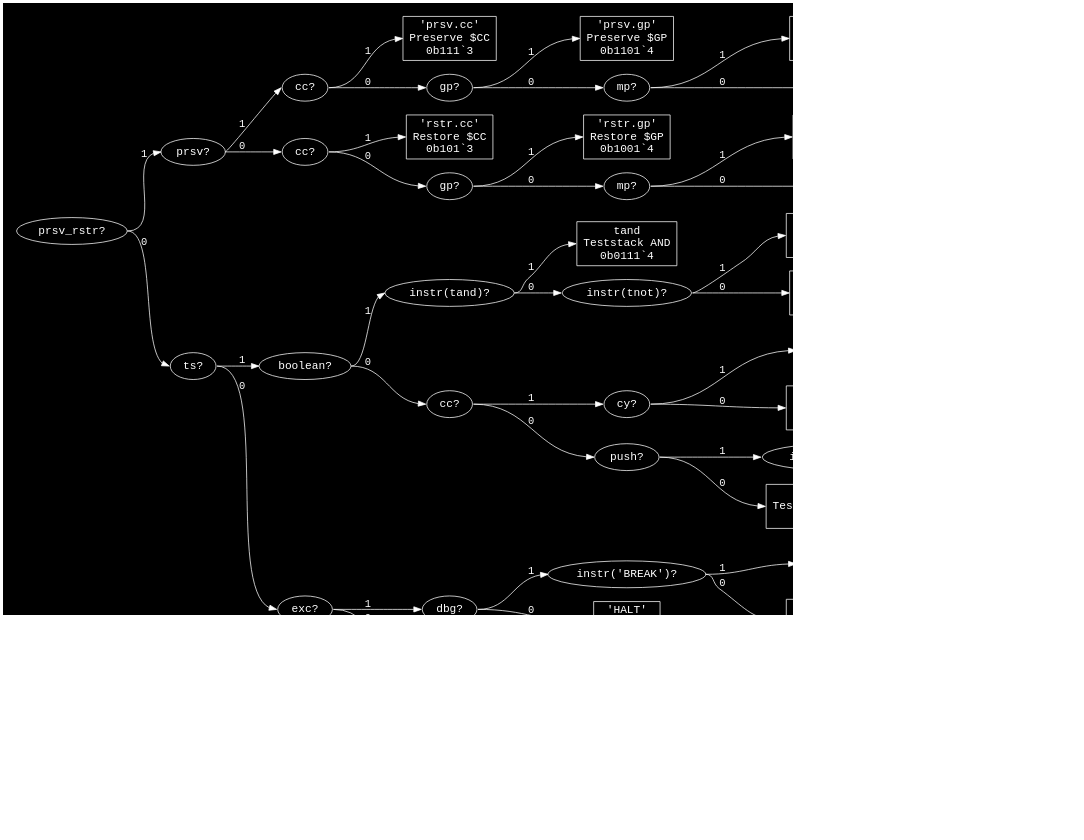
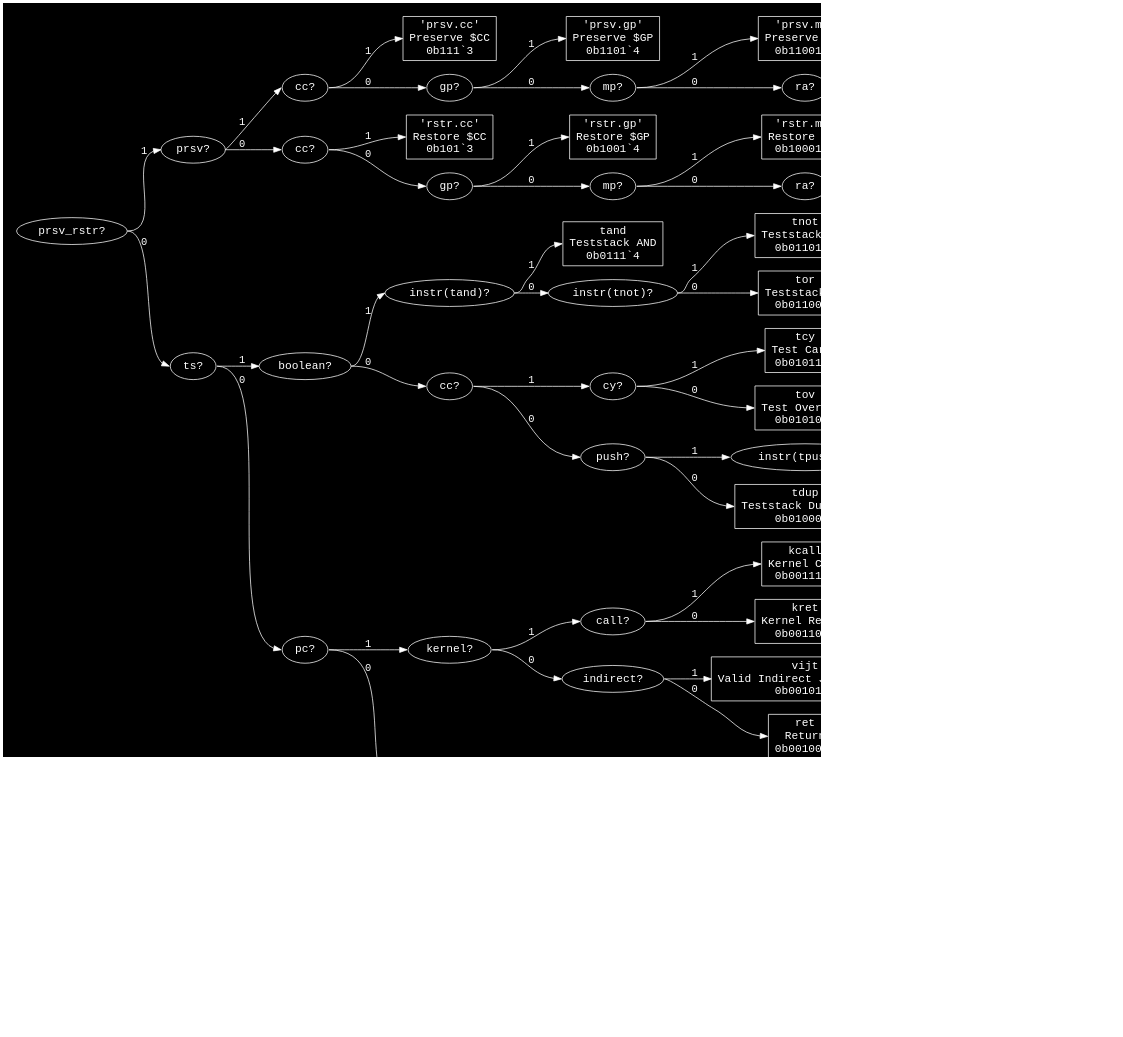
Before and after one commit to eignnx/SPRIND: the diagram in assets/graphs/o.dot, drawn with Graphviz. The commit also changed 6 other files, not shown here.

Commit message:
add {t,s,c}bitm, vijt, and sleep instructions

```diff
--- a/assets/graphs/o.dot
+++ b/assets/graphs/o.dot
@@ -1,110 +1,118 @@
 digraph "Format o" {
   graph [dpi = 100, bgcolor="#111", fontcolor="white", rankdir=LR, pad="0.25"];
   node [fontname = "Courier", fontsize="15pt", color="white", fontcolor="white"];
   edge [fontname = "Courier", color="white", fontcolor="white"];
-  "prsv_rstr_9171904" [label = "prsv_rstr?", shape = ellipse];
-  "prsv_rstr_9171904":e -> "prsv_9179296":w [label = "1"];
-  "prsv_rstr_9171904":e -> "ts_14048868":w [label = "0"];
+  "prsv_rstr_1971878" [label = "prsv_rstr?", shape = ellipse];
+  "prsv_rstr_1971878":e -> "prsv_9179296":w [label = "1"];
+  "prsv_rstr_1971878":e -> "ts_5520435":w [label = "0"];
   "prsv_9179296" [label = "prsv?", shape = ellipse];
   "prsv_9179296":e -> "cc_9693221":w [label = "1"];
   "prsv_9179296":e -> "cc_589781":w [label = "0"];
   "cc_9693221" [label = "cc?", shape = ellipse];
   "cc_9693221":e -> "'prsv.cc'_7656682":w [label = "1"];
   "cc_9693221":e -> "gp_13904094":w [label = "0"];
   "'prsv.cc'_7656682" [label = "'prsv.cc'\nPreserve $CC\n0b111`3", shape = rectangle];
   "gp_13904094" [label = "gp?", shape = ellipse];
   "gp_13904094":e -> "'prsv.gp'_4829802":w [label = "1"];
   "gp_13904094":e -> "mp_16292923":w [label = "0"];
   "'prsv.gp'_4829802" [label = "'prsv.gp'\nPreserve $GP\n0b1101`4", shape = rectangle];
   "mp_16292923" [label = "mp?", shape = ellipse];
   "mp_16292923":e -> "'prsv.mp'_12023555":w [label = "1"];
   "mp_16292923":e -> "ra_13136131":w [label = "0"];
   "'prsv.mp'_12023555" [label = "'prsv.mp'\nPreserve $MP\n0b11001`5", shape = rectangle];
   "ra_13136131" [label = "ra?", shape = ellipse];
   "ra_13136131":e -> "'prsv.ra'_11219602":w [label = "1"];
   "ra_13136131":e -> "'prsv.ts'_2474688":w [label = "0"];
   "'prsv.ra'_11219602" [label = "'prsv.ra'\nPreserve $RA\n0b110001`6", shape = rectangle];
   "'prsv.ts'_2474688" [label = "'prsv.ts'\nPreserve $TS\n0b110000`6", shape = rectangle];
   "cc_589781" [label = "cc?", shape = ellipse];
   "cc_589781":e -> "'rstr.cc'_3226942":w [label = "1"];
   "cc_589781":e -> "gp_9560955":w [label = "0"];
   "'rstr.cc'_3226942" [label = "'rstr.cc'\nRestore $CC\n0b101`3", shape = rectangle];
   "gp_9560955" [label = "gp?", shape = ellipse];
   "gp_9560955":e -> "'rstr.gp'_14554136":w [label = "1"];
   "gp_9560955":e -> "mp_12955196":w [label = "0"];
   "'rstr.gp'_14554136" [label = "'rstr.gp'\nRestore $GP\n0b1001`4", shape = rectangle];
   "mp_12955196" [label = "mp?", shape = ellipse];
   "mp_12955196":e -> "'rstr.mp'_10653791":w [label = "1"];
   "mp_12955196":e -> "ra_11767369":w [label = "0"];
   "'rstr.mp'_10653791" [label = "'rstr.mp'\nRestore $MP\n0b10001`5", shape = rectangle];
   "ra_11767369" [label = "ra?", shape = ellipse];
   "ra_11767369":e -> "'rstr.ra'_14990000":w [label = "1"];
   "ra_11767369":e -> "'rstr.ts'_8107659":w [label = "0"];
   "'rstr.ra'_14990000" [label = "'rstr.ra'\nRestore $RA\n0b100001`6", shape = rectangle];
   "'rstr.ts'_8107659" [label = "'rstr.ts'\nRestore $TS\n0b100000`6", shape = rectangle];
-  "ts_14048868" [label = "ts?", shape = ellipse];
-  "ts_14048868":e -> "boolean_10242131":w [label = "1"];
-  "ts_14048868":e -> "exc_6038395":w [label = "0"];
+  "ts_5520435" [label = "ts?", shape = ellipse];
+  "ts_5520435":e -> "boolean_10242131":w [label = "1"];
+  "ts_5520435":e -> "pc_13801327":w [label = "0"];
   "boolean_10242131" [label = "boolean?", shape = ellipse];
   "boolean_10242131":e -> "instr(tand)_12631449":w [label = "1"];
   "boolean_10242131":e -> "cc_1875092":w [label = "0"];
   "instr(tand)_12631449" [label = "instr(tand)?", shape = ellipse];
   "instr(tand)_12631449":e -> "tand_15469294":w [label = "1"];
   "instr(tand)_12631449":e -> "instr(tnot)_10591753":w [label = "0"];
   "tand_15469294" [label = "tand\nTeststack AND\n0b0111`4", shape = rectangle];
   "instr(tnot)_10591753" [label = "instr(tnot)?", shape = ellipse];
   "instr(tnot)_10591753":e -> "tnot_4060624":w [label = "1"];
   "instr(tnot)_10591753":e -> "tor_1243182":w [label = "0"];
   "tnot_4060624" [label = "tnot\nTeststack NOT\n0b01101`5", shape = rectangle];
   "tor_1243182" [label = "tor\nTeststack OR\n0b01100`5", shape = rectangle];
   "cc_1875092" [label = "cc?", shape = ellipse];
   "cc_1875092":e -> "cy_12377790":w [label = "1"];
   "cc_1875092":e -> "push_6662964":w [label = "0"];
   "cy_12377790" [label = "cy?", shape = ellipse];
   "cy_12377790":e -> "tcy_2523867":w [label = "1"];
   "cy_12377790":e -> "tov_12931519":w [label = "0"];
   "tcy_2523867" [label = "tcy\nTest Carry\n0b01011`5", shape = rectangle];
   "tov_12931519" [label = "tov\nTest Overflow\n0b01010`5", shape = rectangle];
   "push_6662964" [label = "push?", shape = ellipse];
   "push_6662964":e -> "instr(tpush0)_3668232":w [label = "1"];
   "push_6662964":e -> "tdup_15487713":w [label = "0"];
   "instr(tpush0)_3668232" [label = "instr(tpush0)?", shape = ellipse];
   "instr(tpush0)_3668232":e -> "tpush0_14509953":w [label = "1"];
   "instr(tpush0)_3668232":e -> "tpush1_12806233":w [label = "0"];
   "tpush0_14509953" [label = "tpush0\nTeststack Push 0\n0b010011`6", shape = rectangle];
   "tpush1_12806233" [label = "tpush1\nTeststack Push 1\n0b010010`6", shape = rectangle];
   "tdup_15487713" [label = "tdup\nTeststack Duplicate\n0b01000`5", shape = rectangle];
-  "exc_6038395" [label = "exc?", shape = ellipse];
-  "exc_6038395":e -> "dbg_6120140":w [label = "1"];
-  "exc_6038395":e -> "pc_7076808":w [label = "0"];
+  "pc_13801327" [label = "pc?", shape = ellipse];
+  "pc_13801327":e -> "kernel_288431":w [label = "1"];
+  "pc_13801327":e -> "exc_7341255":w [label = "0"];
+  "kernel_288431" [label = "kernel?", shape = ellipse];
+  "kernel_288431":e -> "call_7577422":w [label = "1"];
+  "kernel_288431":e -> "indirect_14434557":w [label = "0"];
+  "call_7577422" [label = "call?", shape = ellipse];
+  "call_7577422":e -> "kcall_5951590":w [label = "1"];
+  "call_7577422":e -> "kret_6365154":w [label = "0"];
+  "kcall_5951590" [label = "kcall\nKernel Call\n0b00111`5", shape = rectangle];
+  "kret_6365154" [label = "kret\nKernel Return\n0b00110`5", shape = rectangle];
+  "indirect_14434557" [label = "indirect?", shape = ellipse];
+  "indirect_14434557":e -> "vijt_15558388":w [label = "1"];
+  "indirect_14434557":e -> "ret_11021990":w [label = "0"];
+  "vijt_15558388" [label = "vijt\nValid Indirect Jump Target\n0b00101`5", shape = rectangle];
+  "ret_11021990" [label = "ret\nReturn\n0b00100`5", shape = rectangle];
+  "exc_7341255" [label = "exc?", shape = ellipse];
+  "exc_7341255":e -> "dbg_6120140":w [label = "1"];
+  "exc_7341255":e -> "cy_13105418":w [label = "0"];
   "dbg_6120140" [label = "dbg?", shape = ellipse];
   "dbg_6120140":e -> "instr('BREAK')_1049706":w [label = "1"];
   "dbg_6120140":e -> "'HALT'_5047438":w [label = "0"];
   "instr('BREAK')_1049706" [label = "instr('BREAK')?", shape = ellipse];
   "instr('BREAK')_1049706":e -> "'BREAK'_2863401":w [label = "1"];
   "instr('BREAK')_1049706":e -> "'UNIMPL'_242126":w [label = "0"];
-  "'BREAK'_2863401" [label = "'BREAK'\nBreakpoint\n0b00111`5", shape = rectangle];
-  "'UNIMPL'_242126" [label = "'UNIMPL'\nUnimplemented\n0b00110`5", shape = rectangle];
-  "'HALT'_5047438" [label = "'HALT'\nHalt\n0b0010`4", shape = rectangle];
-  "pc_7076808" [label = "pc?", shape = ellipse];
-  "pc_7076808":e -> "kernel_11694534":w [label = "1"];
-  "pc_7076808":e -> "cy_8478281":w [label = "0"];
-  "kernel_11694534" [label = "kernel?", shape = ellipse];
-  "kernel_11694534":e -> "call_7577422":w [label = "1"];
-  "kernel_11694534":e -> "ret_11021990":w [label = "0"];
-  "call_7577422" [label = "call?", shape = ellipse];
-  "call_7577422":e -> "kcall_5951590":w [label = "1"];
-  "call_7577422":e -> "kret_6365154":w [label = "0"];
-  "kcall_5951590" [label = "kcall\nKernel Call\n0b000111`6", shape = rectangle];
-  "kret_6365154" [label = "kret\nKernel Return\n0b000110`6", shape = rectangle];
-  "ret_11021990" [label = "ret\nReturn\n0b00010`5", shape = rectangle];
-  "cy_8478281" [label = "cy?", shape = ellipse];
-  "cy_8478281":e -> "instr('clr.cy')_10387927":w [label = "1"];
-  "cy_8478281":e -> "'NONEXE0'_14746452":w [label = "0"];
+  "'BREAK'_2863401" [label = "'BREAK'\nBreakpoint\n0b000111`6", shape = rectangle];
+  "'UNIMPL'_242126" [label = "'UNIMPL'\nUnimplemented\n0b000110`6", shape = rectangle];
+  "'HALT'_5047438" [label = "'HALT'\nHalt\n0b00010`5", shape = rectangle];
+  "cy_13105418" [label = "cy?", shape = ellipse];
+  "cy_13105418":e -> "instr('clr.cy')_10387927":w [label = "1"];
+  "cy_13105418":e -> "cc_10533711":w [label = "0"];
   "instr('clr.cy')_10387927" [label = "instr('clr.cy')?", shape = ellipse];
   "instr('clr.cy')_10387927":e -> "'clr.cy'_14719063":w [label = "1"];
   "instr('clr.cy')_10387927":e -> "'set.cy'_4073820":w [label = "0"];
   "'clr.cy'_14719063" [label = "'clr.cy'\nClear Carry\n0b000011`6", shape = rectangle];
   "'set.cy'_4073820" [label = "'set.cy'\nSet Carry\n0b000010`6", shape = rectangle];
-  "'NONEXE0'_14746452" [label = "'NONEXE0'\nNon-executable (0s Version)\n0b00000`5", shape = rectangle];
+  "cc_10533711" [label = "cc?", shape = ellipse];
+  "cc_10533711":e -> "sleep_7709320":w [label = "1"];
+  "cc_10533711":e -> "'NONEXE0'_14746452":w [label = "0"];
+  "sleep_7709320" [label = "sleep\nSleep\n0b000001`6", shape = rectangle];
+  "'NONEXE0'_14746452" [label = "'NONEXE0'\nNon-executable (0s Version)\n0b000000`6", shape = rectangle];
 }
```
